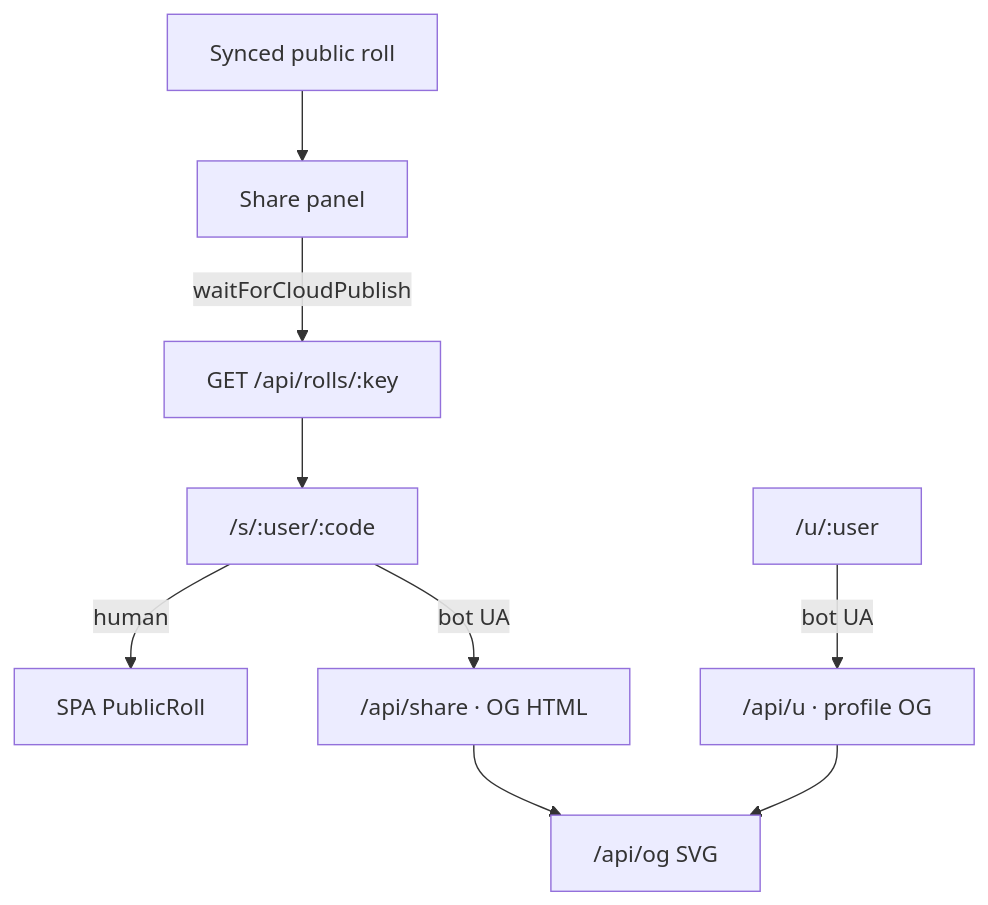
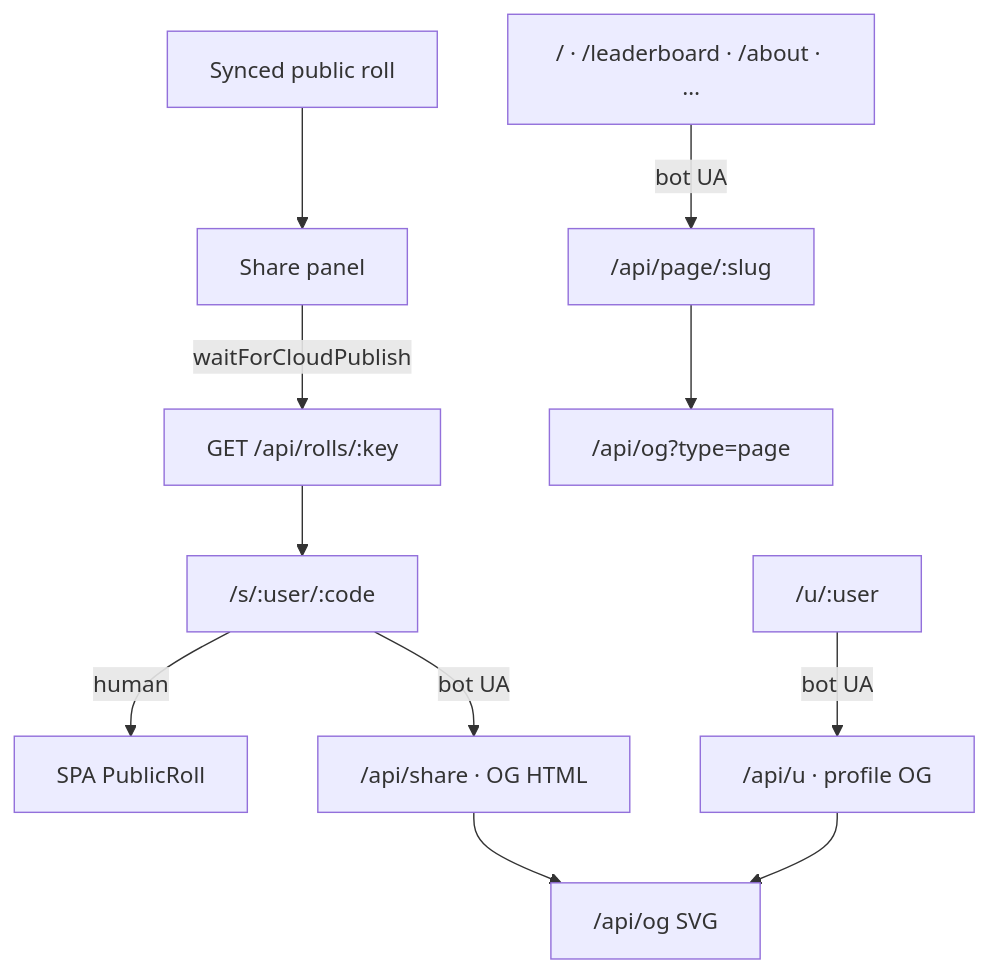
Before and after one commit to jondmarien/rngdle-unlocked: the sixth of 6 diagrams in docs/ARCHITECTURE.md, drawn with Mermaid. The commit also changed other lines of this file and 10 other files, not shown here.

Commit message:
feat(og): per-route Open Graph for public SPA pages

````diff
--- a/docs/ARCHITECTURE.md
+++ b/docs/ARCHITECTURE.md
@@ -157,11 +157,13 @@
 ```mermaid
 flowchart TB
   Roll[Synced public roll] --> Share[Share panel]
   Share -->|waitForCloudPublish| API["GET /api/rolls/:key"]
   API --> Vanity["/s/:user/:code"]
   Vanity -->|human| SPA[SPA PublicRoll]
   Vanity -->|bot UA| HTML["/api/share · OG HTML"]
   HTML --> Img["/api/og SVG"]
   Profile["/u/:user"] -->|bot UA| UHTML["/api/u · profile OG"]
   UHTML --> Img
+  Pages["/ · /leaderboard · /about · …"] -->|bot UA| PageHTML["/api/page/:slug"]
+  PageHTML --> PageImg["/api/og?type=page"]
 ```
````
